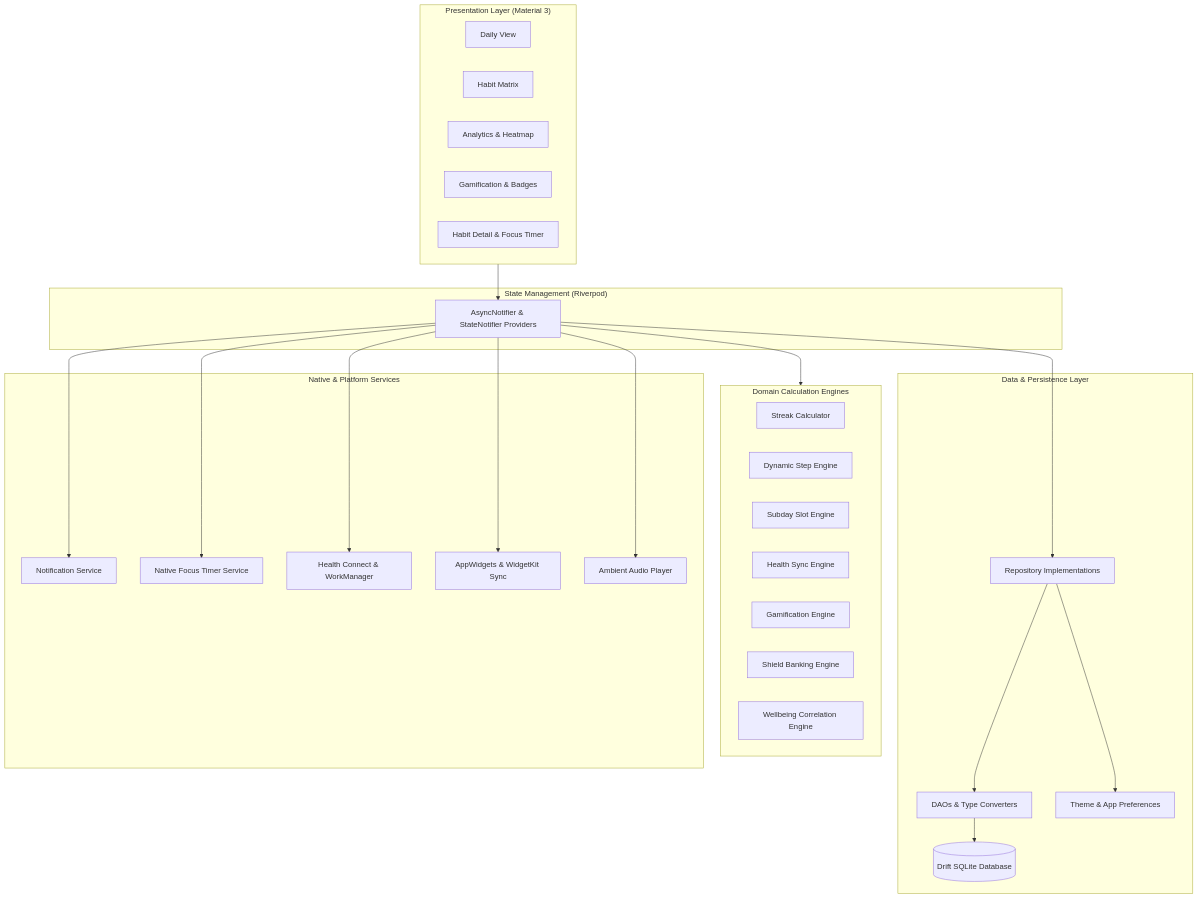
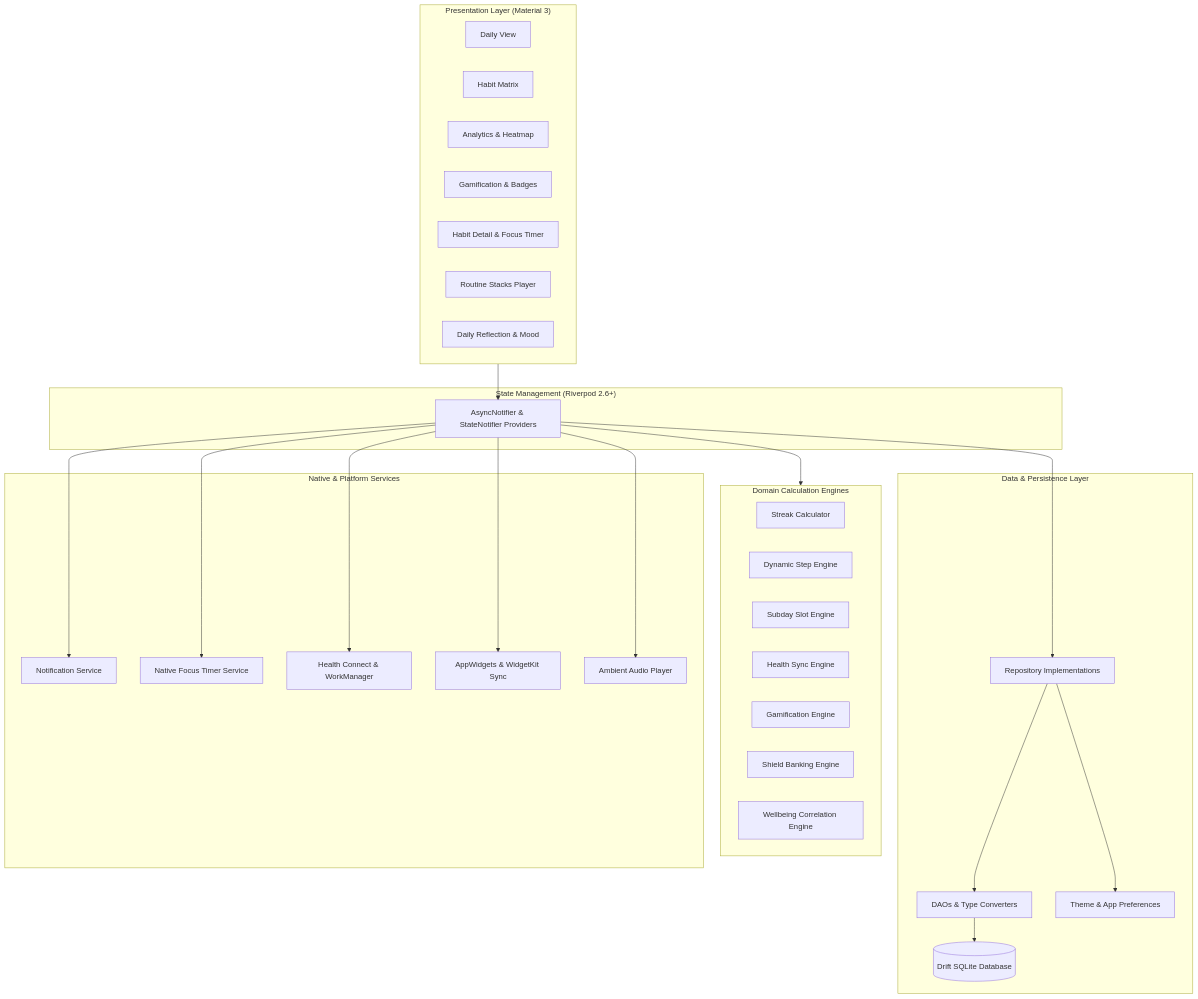
The first of 3 diagrams in README.md (Hari31416/habit-tracker), drawn with Mermaid before and after one commit. The commit also changed other lines of this file, not shown here.

First line of the commit message:
docs(general): update README with complete features and flows

````diff
--- a/README.md
+++ b/README.md
@@ -9,51 +9,53 @@
 ```mermaid
 graph TD
     subgraph UI ["Presentation Layer (Material 3)"]
         Daily["Daily View"]
         Matrix["Habit Matrix"]
         Analytics["Analytics & Heatmap"]
         Badges["Gamification & Badges"]
         Detail["Habit Detail & Focus Timer"]
+        Routines["Routine Stacks Player"]
+        Reflection["Daily Reflection & Mood"]
     end
 
-    subgraph State ["State Management (Riverpod)"]
+    subgraph State ["State Management (Riverpod 2.6+)"]
         Providers["AsyncNotifier & StateNotifier Providers"]
     end
 
     subgraph Domain ["Domain Calculation Engines"]
         Streak["Streak Calculator"]
         StepEngine["Dynamic Step Engine"]
         SlotEngine["Subday Slot Engine"]
         HealthSync["Health Sync Engine"]
         Gamify["Gamification Engine"]
         Shield["Shield Banking Engine"]
         Wellbeing["Wellbeing Correlation Engine"]
     end
 
     subgraph Data ["Data & Persistence Layer"]
         Repo["Repository Implementations"]
         DB[("Drift SQLite Database")]
         DAOs["DAOs & Type Converters"]
         Prefs["Theme & App Preferences"]
     end
 
     subgraph Platform ["Native & Platform Services"]
         Notif["Notification Service"]
         TimerSvc["Native Focus Timer Service"]
         HealthSvc["Health Connect & WorkManager"]
         Widgets["AppWidgets & WidgetKit Sync"]
         Audio["Ambient Audio Player"]
     end
 
     UI --> Providers
     Providers --> Domain
     Providers --> Repo
     Repo --> DAOs
     DAOs --> DB
     Repo --> Prefs
     Providers --> Notif
     Providers --> TimerSvc
     Providers --> HealthSvc
     Providers --> Widgets
     Providers --> Audio
 ```
````
